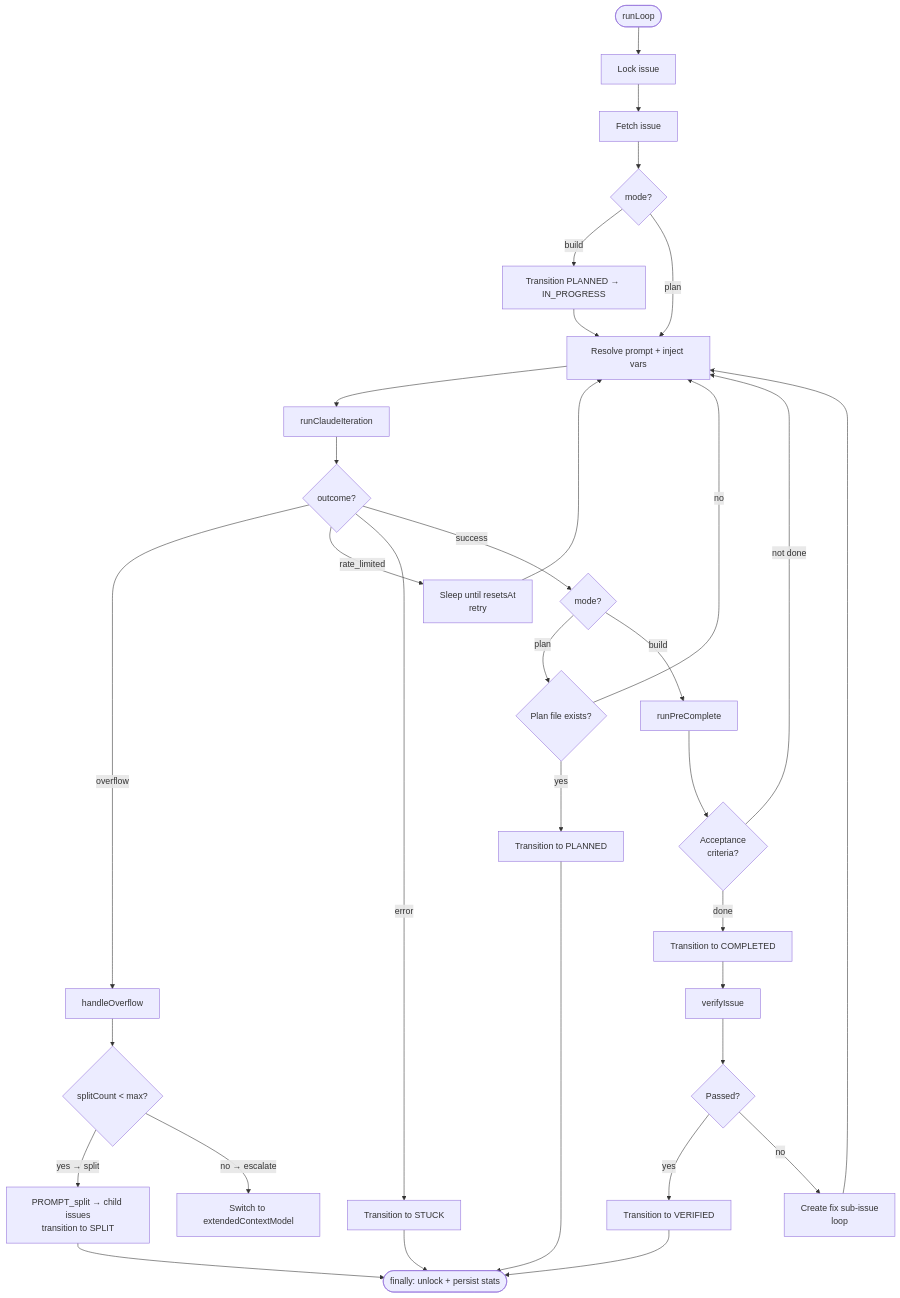
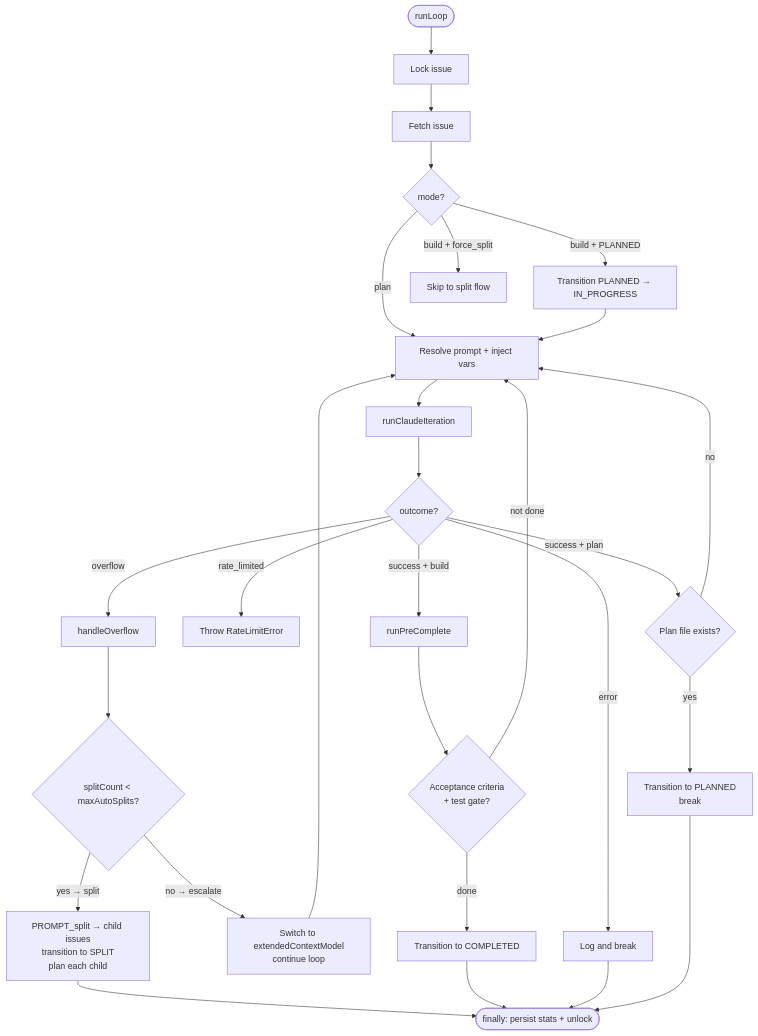
Before and after one commit to vx-daniel/barf-ts: the first of 2 diagrams in resources/architecture/batch-loop.md, drawn with Mermaid. The commit also changed other lines of this file and 16 other files, not shown here.

````diff
--- a/resources/architecture/batch-loop.md
+++ b/resources/architecture/batch-loop.md
@@ -16,35 +17,30 @@
 ```mermaid
 flowchart TD
     A([runLoop]) --> B[Lock issue]
     B --> C[Fetch issue]
     C --> D{mode?}
-    D -- build --> E[Transition PLANNED → IN_PROGRESS]
+    D -- build + PLANNED --> E[Transition PLANNED → IN_PROGRESS]
+    D -- build + force_split --> FS[Skip to split flow]
     D -- plan --> F
     E --> F[Resolve prompt + inject vars]
     F --> G[runClaudeIteration]
     G --> H{outcome?}
     H -- overflow --> I[handleOverflow]
-    I --> J{splitCount < max?}
-    J -- yes → split --> K[PROMPT_split → child issues\ntransition to SPLIT]
-    J -- no → escalate --> L[Switch to extendedContextModel]
-    H -- rate_limited --> M[Sleep until resetsAt\nretry]
-    M --> F
-    H -- error --> N[Transition to STUCK]
-    H -- success --> O{mode?}
-    O -- plan --> P{Plan file exists?}
-    P -- yes --> Q[Transition to PLANNED]
+    I --> J{splitCount < maxAutoSplits?}
+    J -- yes → split --> K[PROMPT_split → child issues\ntransition to SPLIT\nplan each child]
+    J -- no → escalate --> L[Switch to extendedContextModel\ncontinue loop]
+    H -- rate_limited --> M[Throw RateLimitError]
+    H -- error --> N[Log and break]
+    H -- success + plan --> P{Plan file exists?}
+    P -- yes --> Q[Transition to PLANNED\nbreak]
     P -- no --> F
-    O -- build --> R[runPreComplete]
-    R --> S{Acceptance\ncriteria?}
+    H -- success + build --> R[runPreComplete]
+    R --> S{Acceptance criteria\n+ test gate?}
     S -- not done --> F
     S -- done --> T[Transition to COMPLETED]
-    T --> U[verifyIssue]
-    U --> V{Passed?}
-    V -- yes --> W[Transition to VERIFIED]
-    V -- no --> X[Create fix sub-issue\nloop]
-    X --> F
-    K --> ZZ([finally: unlock + persist stats])
-    W --> ZZ
+    K --> ZZ([finally: persist stats + unlock])
+    T --> ZZ
     N --> ZZ
     Q --> ZZ
+    L --> F
 ```
````
